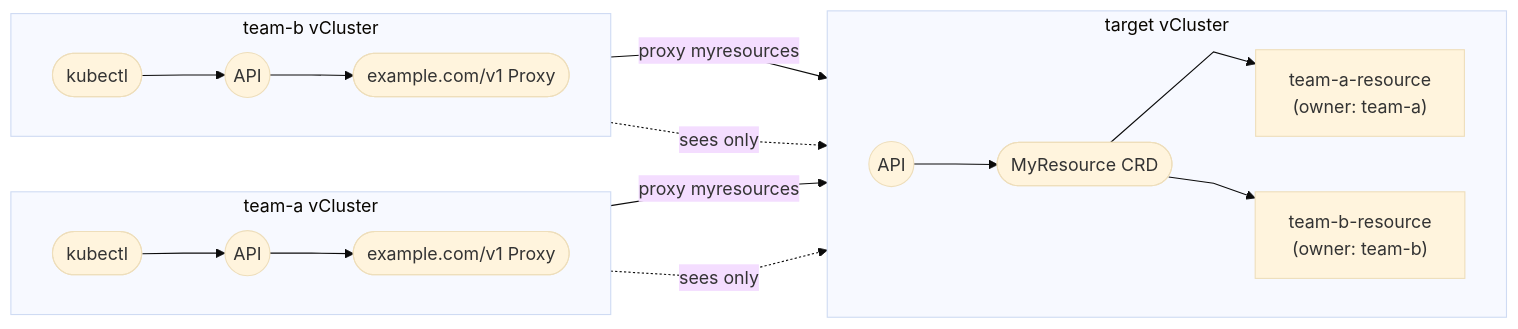
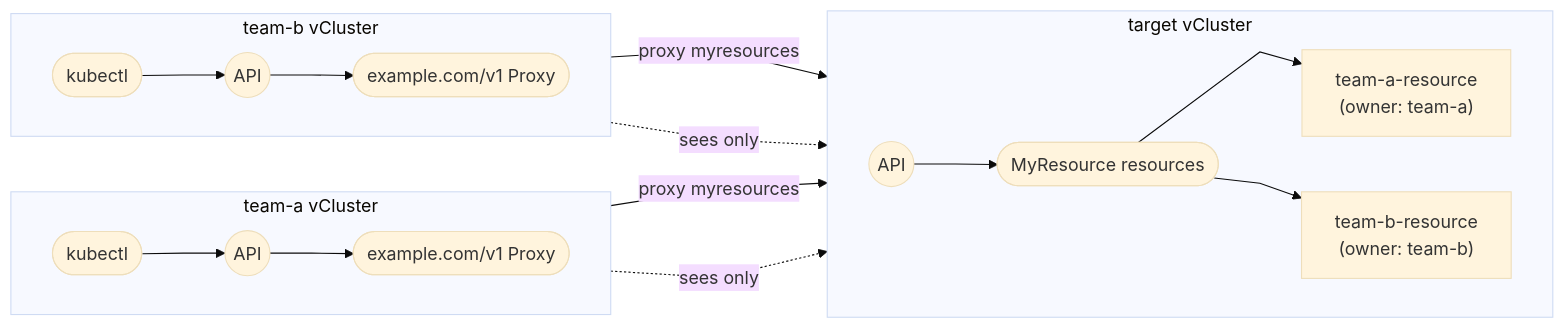
Before and after one commit to loft-sh/vcluster-docs: the second of 4 diagrams in vcluster/configure/vcluster-yaml/experimental/proxy.mdx, drawn with Mermaid. The commit also changed other lines of this file and 18 other files, not shown here.

````diff
--- a/vcluster/configure/vcluster-yaml/experimental/proxy.mdx
+++ b/vcluster/configure/vcluster-yaml/experimental/proxy.mdx
@@ -83,32 +83,32 @@
 ```mermaid
 %%{init: {'theme': 'base', 'flowchart': {'curve': 'linear', 'htmlLabels': 'true'}}}%%
 flowchart LR
   subgraph team_a_vc["team-a vCluster"]
     direction LR
     a_kubectl([kubectl]) --> a_api((API)) --> a_proxy([example.com/v1 Proxy])
   end
 
   subgraph team_b_vc["team-b vCluster"]
     direction LR
     b_kubectl([kubectl]) --> b_api((API)) --> b_proxy([example.com/v1 Proxy])
   end
 
   subgraph target_vc["target vCluster"]
     direction LR
-    t_api((API)) --> t_crd([MyResource CRD])
+    t_api((API)) --> t_crd([MyResource resources])
     t_crd --> wf_a["team-a-resource<br/>(owner: team-a)"]
     t_crd --> wf_b["team-b-resource<br/>(owner: team-b)"]
 
     %% vertical centering constraints (invisible)
     wf_a ~~~ t_api
     t_api ~~~ wf_b
     wf_a ~~~ t_crd
     t_crd ~~~ wf_b
   end
 
   a_proxy -->|proxy myresources| t_api
   b_proxy -->|proxy myresources| t_api
 
   a_proxy -.->|sees only| wf_a
   b_proxy -.->|sees only| wf_b
 ```
````
